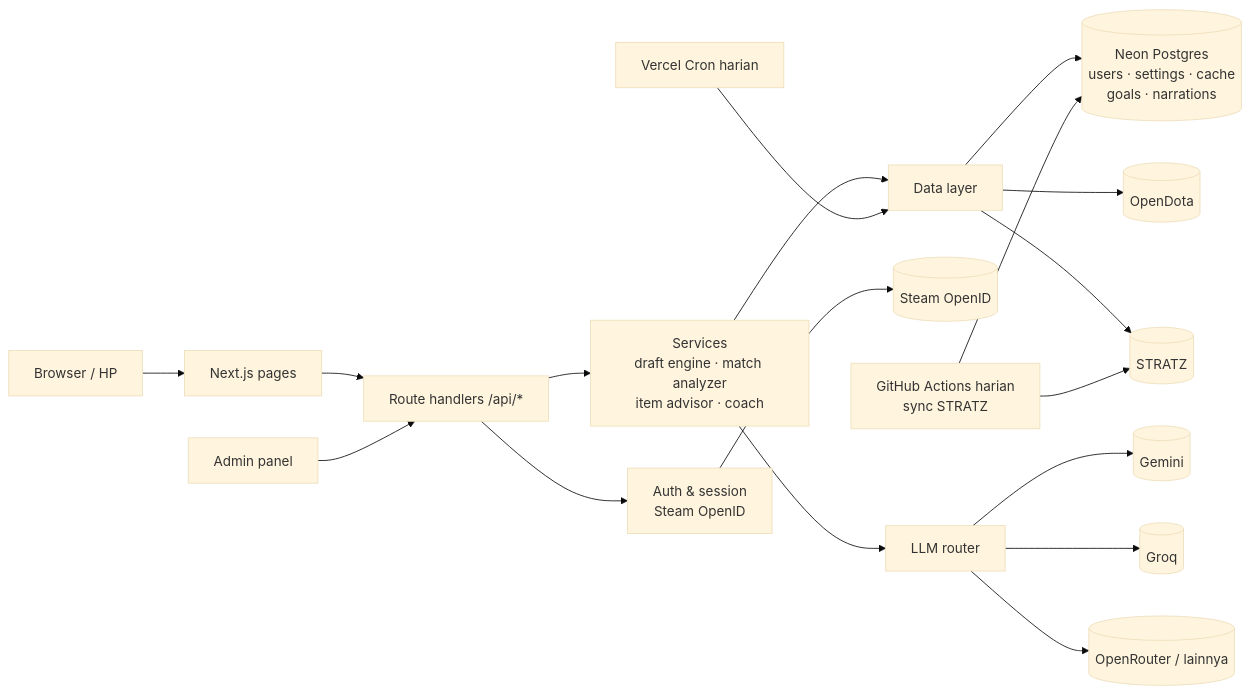
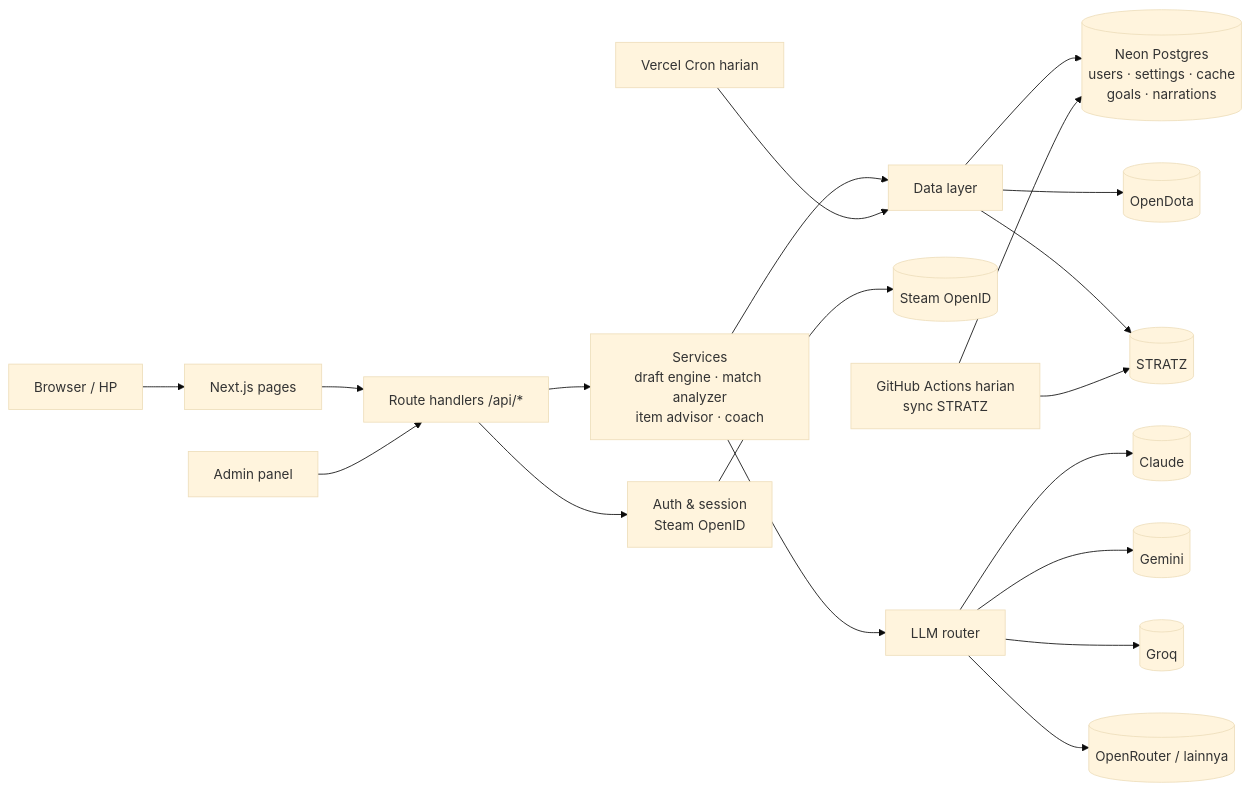
The diagram in docs/DEVELOPMENT_PLAN.md (fazarashif/pepak-doto), drawn with Mermaid (base theme) before and after one commit. The commit also changed other lines of this file and 1 other file, not shown here.

Commit message:
Make Claude the default LLM, with free models as fallbacks

````diff
--- a/docs/DEVELOPMENT_PLAN.md
+++ b/docs/DEVELOPMENT_PLAN.md
@@ -101,17 +102,17 @@
 ```mermaid
 flowchart LR
   U[Browser / HP] --> P[Next.js pages]
   P --> R[Route handlers /api/*]
   R --> A[Auth & session<br/>Steam OpenID]
   R --> S[Services<br/>draft engine · match analyzer<br/>item advisor · coach]
   S --> D[Data layer]
   D --> DB[(Neon Postgres<br/>users · settings · cache<br/>goals · narrations)]
   D --> OD[(OpenDota)]
   D --> ST[(STRATZ)]
   A --> SW[(Steam OpenID)]
-  S --> LR[LLM router] --> L1[(Gemini)] & L2[(Groq)] & L3[(OpenRouter / lainnya)]
+  S --> LR[LLM router] --> L0[(Claude)] & L1[(Gemini)] & L2[(Groq)] & L3[(OpenRouter / lainnya)]
   CR[Vercel Cron harian] --> D
   GA[GitHub Actions harian<br/>sync STRATZ] --> ST
   GA --> DB
   AD[Admin panel] --> R
 ```
````
